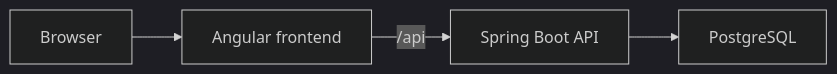
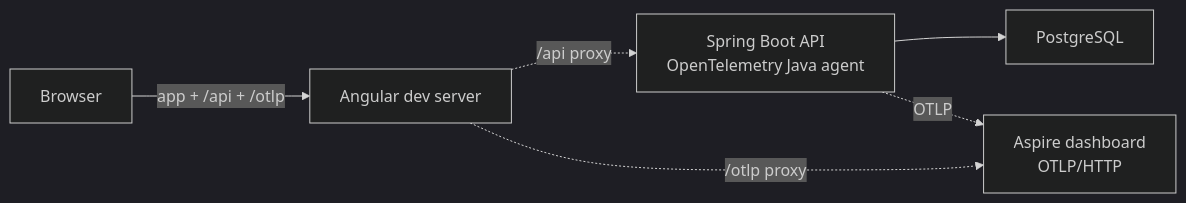
Before and after one commit to microsoft/aspire-samples: the diagram in samples/spring-petclinic/README.md, drawn with Mermaid (dark theme). The commit also changed other lines of this file and 69 other files, not shown here.

First line of the commit message:
spring-petclinic: front-desk visit booking with OpenAPI/Scalar, Java agent domain telemetry, and browser tracing

````diff
--- a/samples/spring-petclinic/README.md
+++ b/samples/spring-petclinic/README.md
@@ -10,6 +14,8 @@
 ```mermaid
 flowchart LR
-    Browser --> Angular[Angular frontend]
-    Angular -->|/api| API[Spring Boot API]
+    Browser -->|app + /api + /otlp| Angular[Angular dev server]
+    Angular -. /api proxy .-> API[Spring Boot API<br/>OpenTelemetry Java agent]
     API --> PostgreSQL
+    Angular -. /otlp proxy .-> Dashboard[Aspire dashboard<br/>OTLP/HTTP]
+    API -. OTLP .-> Dashboard
 ```
````
